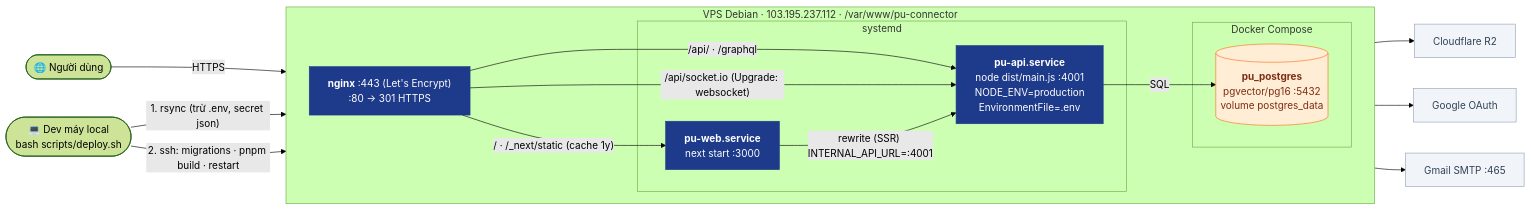
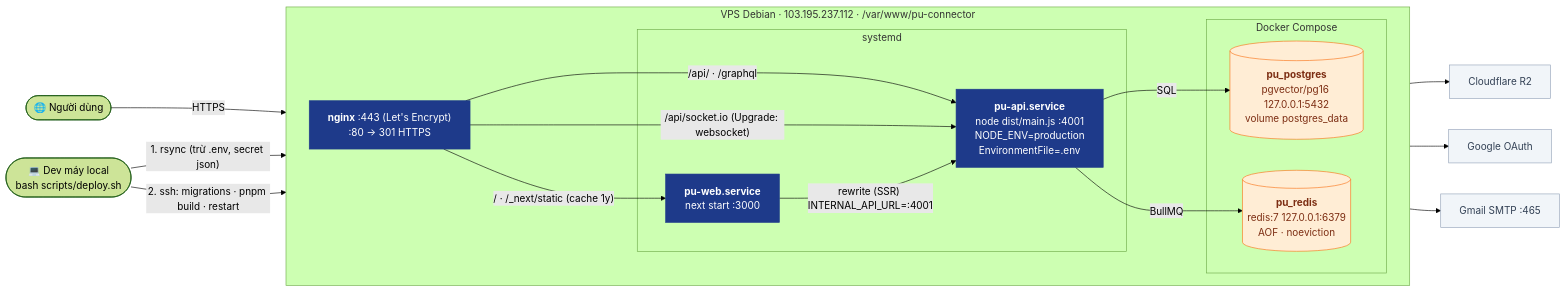
The first of 2 diagrams in docs/diagrams/06-deployment.md (nhatcoi/pu-connect), drawn with Mermaid (forest theme) before and after one commit. The commit also changed other lines of this file and 8 other files, not shown here.

Commit message:
docs: Web Push and BullMQ design, diagrams and ERD

````diff
--- a/docs/diagrams/06-deployment.md
+++ b/docs/diagrams/06-deployment.md
@@ -5,39 +5,41 @@
 ```mermaid
 flowchart LR
   user(["🌐 Người dùng"])
   dev(["💻 Dev máy local<br/>bash scripts/deploy.sh"])
 
   subgraph VPS["VPS Debian · 103.195.237.112 · /var/www/pu-connector"]
     direction LR
     nginx["<b>nginx</b> :443 (Let's Encrypt)<br/>:80 → 301 HTTPS"]
     subgraph systemd["systemd"]
       web["<b>pu-web.service</b><br/>next start :3000"]
       api["<b>pu-api.service</b><br/>node dist/main.js :4001<br/>NODE_ENV=production<br/>EnvironmentFile=.env"]
     end
     subgraph docker["Docker Compose"]
-      pg[("<b>pu_postgres</b><br/>pgvector/pg16 :5432<br/>volume postgres_data")]
+      pg[("<b>pu_postgres</b><br/>pgvector/pg16 127.0.0.1:5432<br/>volume postgres_data")]
+      redis[("<b>pu_redis</b><br/>redis:7 127.0.0.1:6379<br/>AOF · noeviction")]
     end
   end
 
   r2["Cloudflare R2"]
   google["Google OAuth"]
   gmail["Gmail SMTP :465"]
 
   user -->|HTTPS| nginx
   nginx -->|"/  ·  /_next/static (cache 1y)"| web
   nginx -->|"/api/  ·  /graphql"| api
   nginx -->|"/api/socket.io (Upgrade: websocket)"| api
   web -->|"rewrite (SSR) INTERNAL_API_URL=:4001"| api
   api -->|SQL| pg
+  api -->|BullMQ| redis
   api --> r2 & google & gmail
 
   dev -->|"1. rsync (trừ .env, secret json)"| VPS
   dev -->|"2. ssh: migrations · pnpm build · restart"| VPS
 
   classDef app fill:#1e3a8a,stroke:#1e3a8a,color:#fff
   classDef store fill:#ffedd5,stroke:#f97316,color:#7c2d12
   classDef external fill:#f1f5f9,stroke:#94a3b8,color:#334155
   class web,api,nginx app
-  class pg store
+  class pg,redis store
   class r2,google,gmail external
 ```
````
